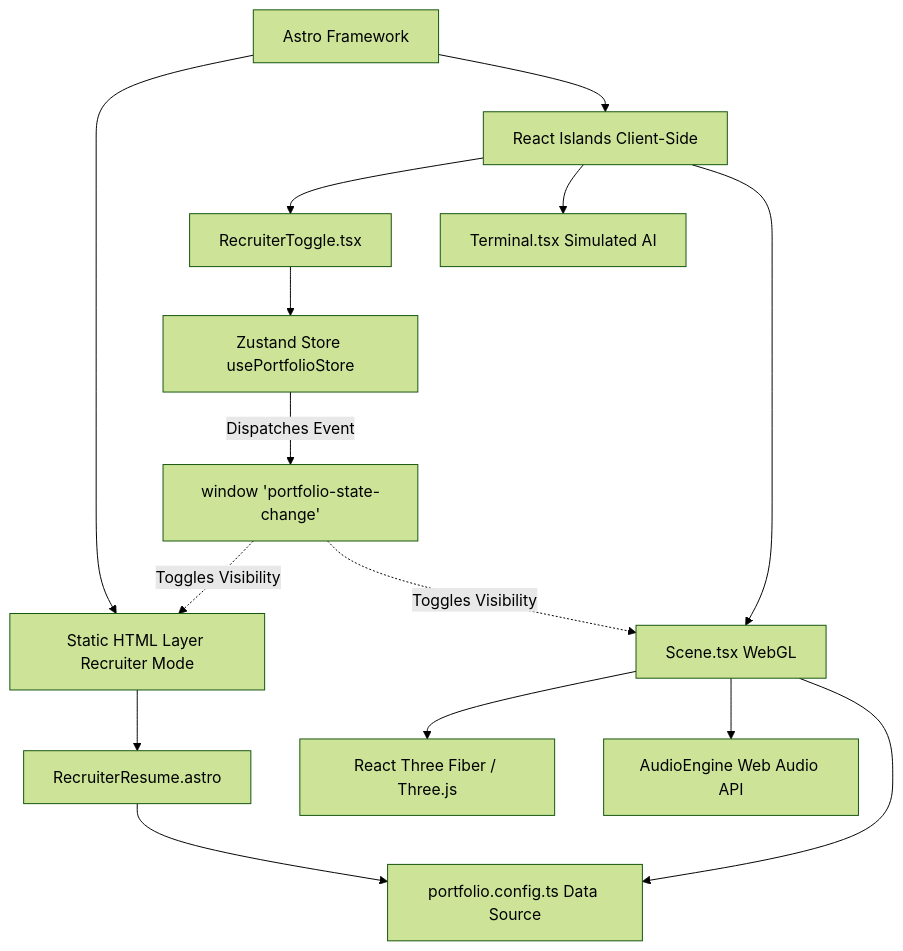
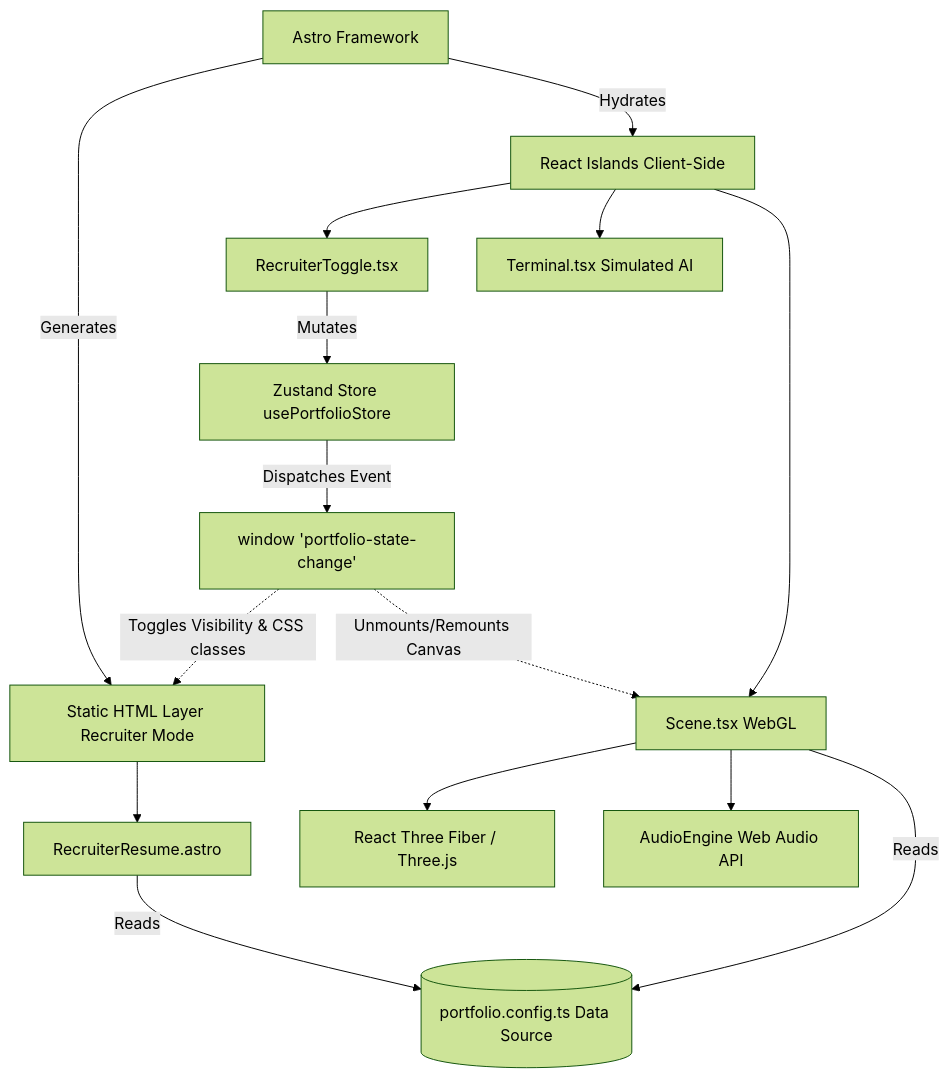
Before and after one commit to vikastiwari/elite-dev-portfolio: the diagram in docs/ARCHITECTURE.md, drawn with Mermaid (forest theme). The commit also changed other lines of this file and 5 other files, not shown here.

Commit message:
docs: comprehensively expand all architecture and roadmap documentation

````diff
--- a/docs/ARCHITECTURE.md
+++ b/docs/ARCHITECTURE.md
@@ -17,21 +19,28 @@
 ```mermaid
 graph TD
-    A[Astro Framework] --> B[Static HTML Layer Recruiter Mode]
-    A --> C[React Islands Client-Side]
+    %% Core Framework
+    A[Astro Framework] --> |Generates| B[Static HTML Layer Recruiter Mode]
+    A --> |Hydrates| C[React Islands Client-Side]
     
+    %% Static Layer
     B --> B1[RecruiterResume.astro]
-    B1 --> B2[portfolio.config.ts Data Source]
+    B1 --> |Reads| B2[(portfolio.config.ts Data Source)]
     
+    %% Interactive Layer
     C --> C1[RecruiterToggle.tsx]
     C --> C2[Terminal.tsx Simulated AI]
     C --> C3[Scene.tsx WebGL]
     
-    C1 --> Z[Zustand Store usePortfolioStore]
+    %% State & Event Management
+    C1 --> |Mutates| Z[Zustand Store usePortfolioStore]
     Z --> |Dispatches Event| E[window 'portfolio-state-change']
-    E -.-> |Toggles Visibility| B
-    E -.-> |Toggles Visibility| C3
     
+    %% Event Listeners
+    E -.-> |Toggles Visibility & CSS classes| B
+    E -.-> |Unmounts/Remounts Canvas| C3
+    
+    %% WebGL Sub-Systems
     C3 --> R3F[React Three Fiber / Three.js]
     C3 --> AU[AudioEngine Web Audio API]
-    C3 --> B2
+    C3 --> |Reads| B2
 ```
````
